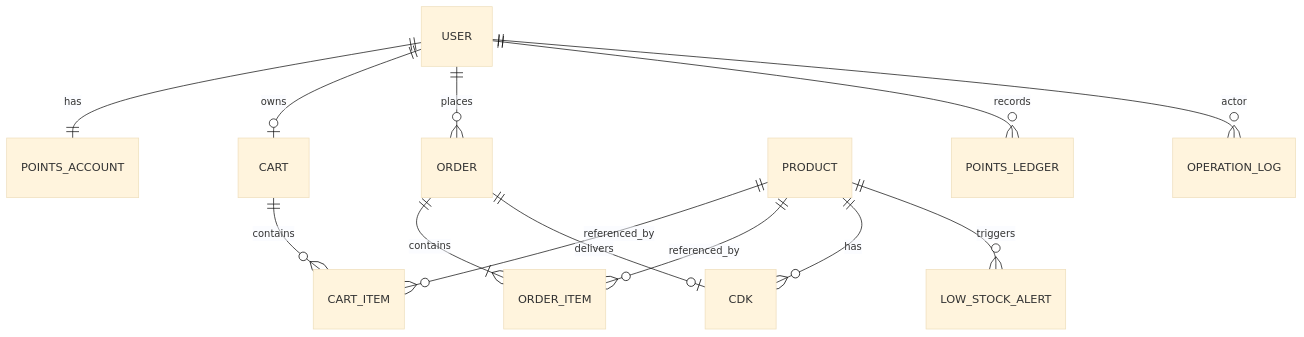
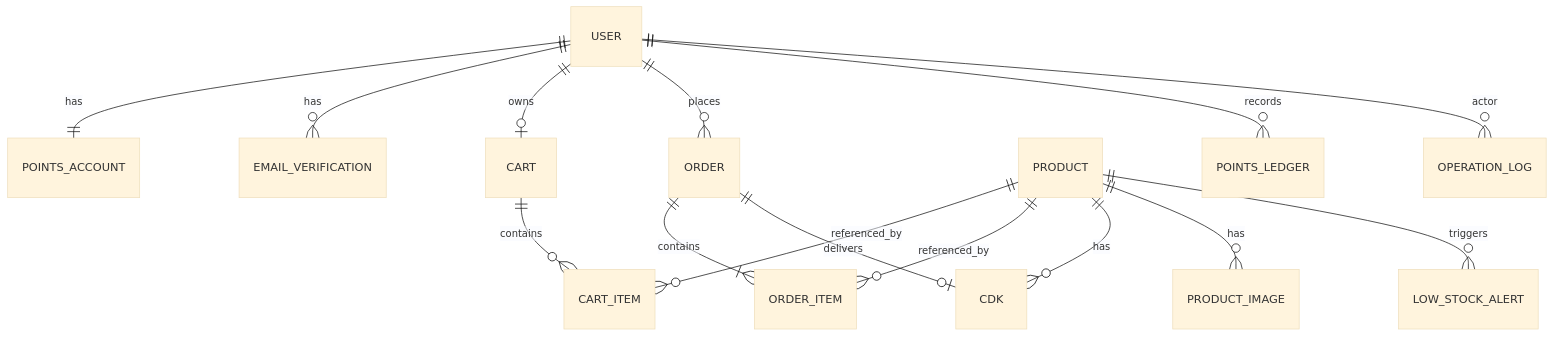
Before and after one commit to TimothyCNSz/kiro-pj: the eighth of 9 diagrams in .kiro/specs/awsome-shop/design.md, drawn with Mermaid (base theme). The commit also changed other lines of this file and 3 other files, not shown here.

````diff
--- a/.kiro/specs/awsome-shop/design.md
+++ b/.kiro/specs/awsome-shop/design.md
@@ -257,15 +603,17 @@
 ```mermaid
 erDiagram
   USER ||--|| POINTS_ACCOUNT : has
+  USER ||--o{ EMAIL_VERIFICATION : has
   USER ||--o| CART : owns
   CART ||--o{ CART_ITEM : contains
   USER ||--o{ ORDER : places
   ORDER ||--|{ ORDER_ITEM : contains
   PRODUCT ||--o{ CART_ITEM : referenced_by
   PRODUCT ||--o{ ORDER_ITEM : referenced_by
   PRODUCT ||--o{ CDK : has
+  PRODUCT ||--o{ PRODUCT_IMAGE : has
   ORDER ||--o| CDK : delivers
   USER ||--o{ POINTS_LEDGER : records
   USER ||--o{ OPERATION_LOG : actor
   PRODUCT ||--o{ LOW_STOCK_ALERT : triggers
 ```
````
